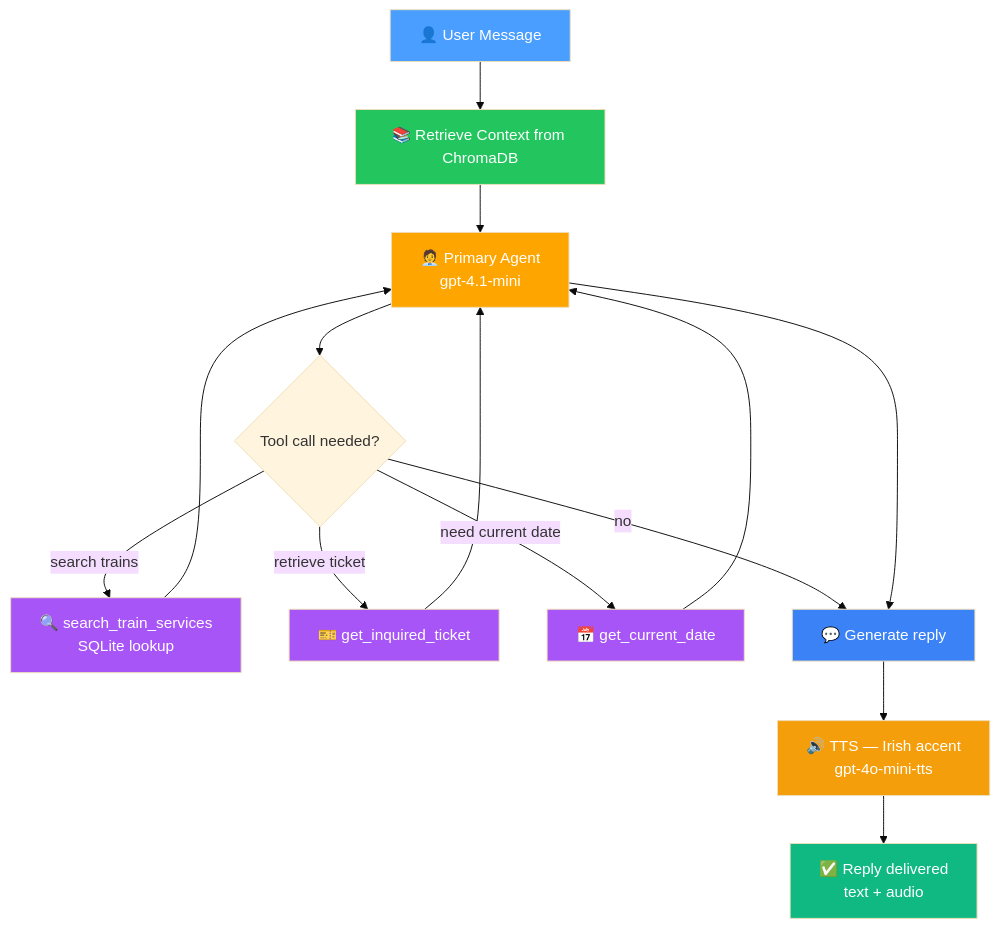
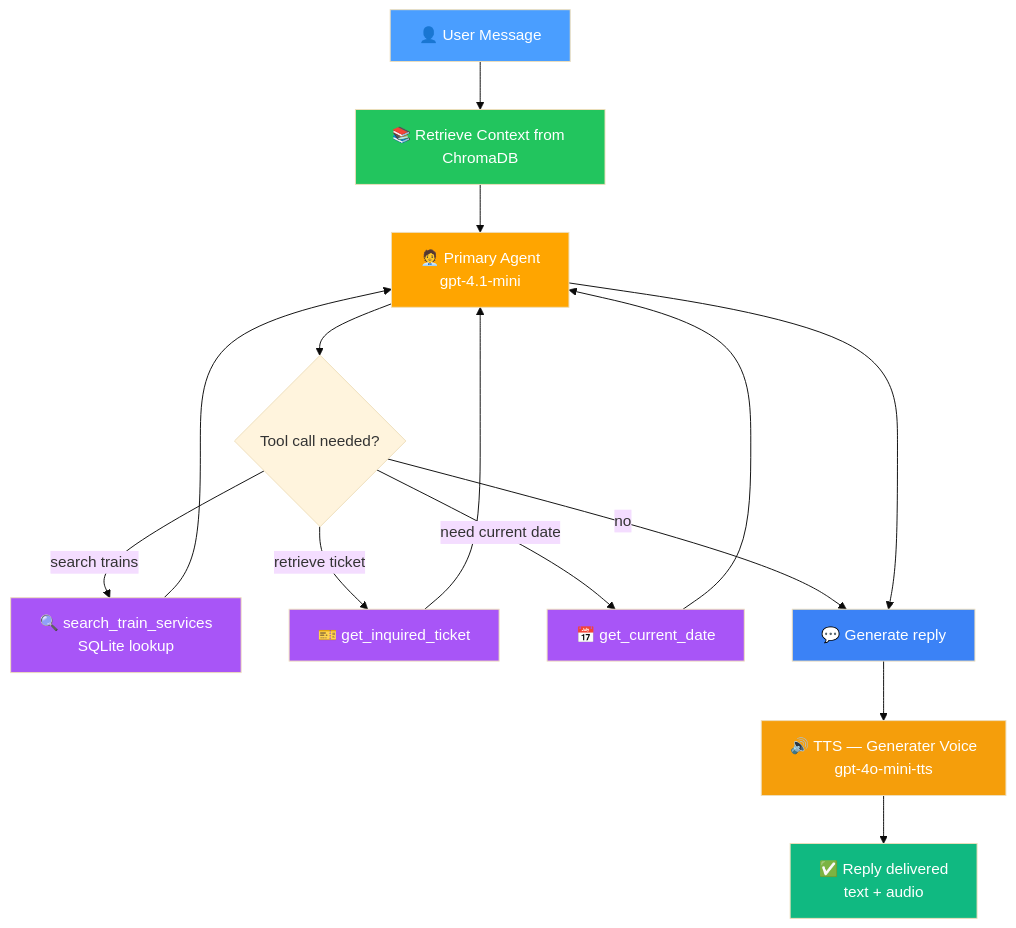
Before and after one commit to yasinemirkutlu44/AI-Powered-Train-Assistant-for-Ireland: the diagram in README.md, drawn with Mermaid (base theme). The commit also changed other lines of this file, not shown here.

Commit message:
Update TTS voice description in README

````diff
--- a/README.md
+++ b/README.md
@@ -46,26 +46,26 @@
 ```mermaid
 flowchart TD
     A[👤 User Message] --> B[📚 Retrieve Context from ChromaDB]
     B --> C[🧑‍💼 Primary Agent<br/>gpt-4.1-mini]
     C --> D{Tool call needed?}
     D -->|search trains| E[🔍 search_train_services<br/>SQLite lookup]
     D -->|retrieve ticket| F[🎫 get_inquired_ticket]
     D -->|need current date| G[📅 get_current_date]
     D -->|no| H[💬 Generate reply]
     E --> C
     F --> C
     G --> C
     C --> H
-    H --> I[🔊 TTS — Irish accent<br/>gpt-4o-mini-tts]
+    H --> I[🔊 TTS — Generater Voice<br/>gpt-4o-mini-tts]
     I --> J[✅ Reply delivered<br/>text + audio]
 
     style A fill:#4a9eff,color:#fff
     style B fill:#22c55e,color:#fff
     style C fill:#ffa500,color:#fff
     style E fill:#a855f7,color:#fff
     style F fill:#a855f7,color:#fff
     style G fill:#a855f7,color:#fff
     style H fill:#3b82f6,color:#fff
     style I fill:#f59e0b,color:#fff
     style J fill:#10b981,color:#fff
 ```
````
